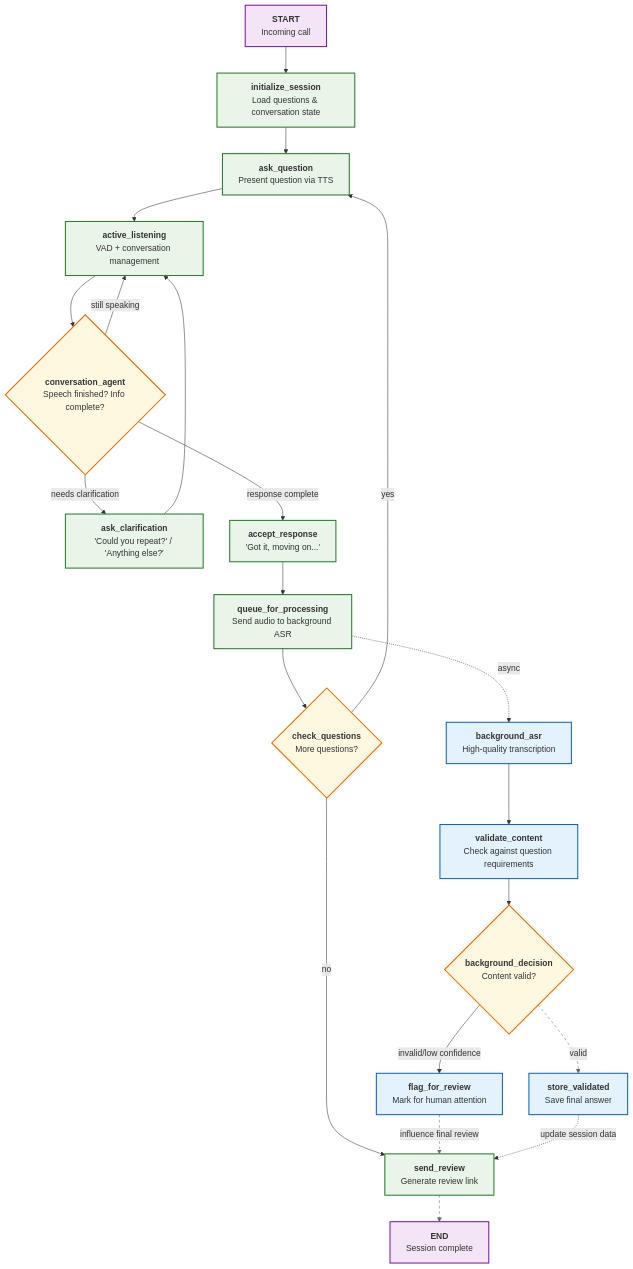
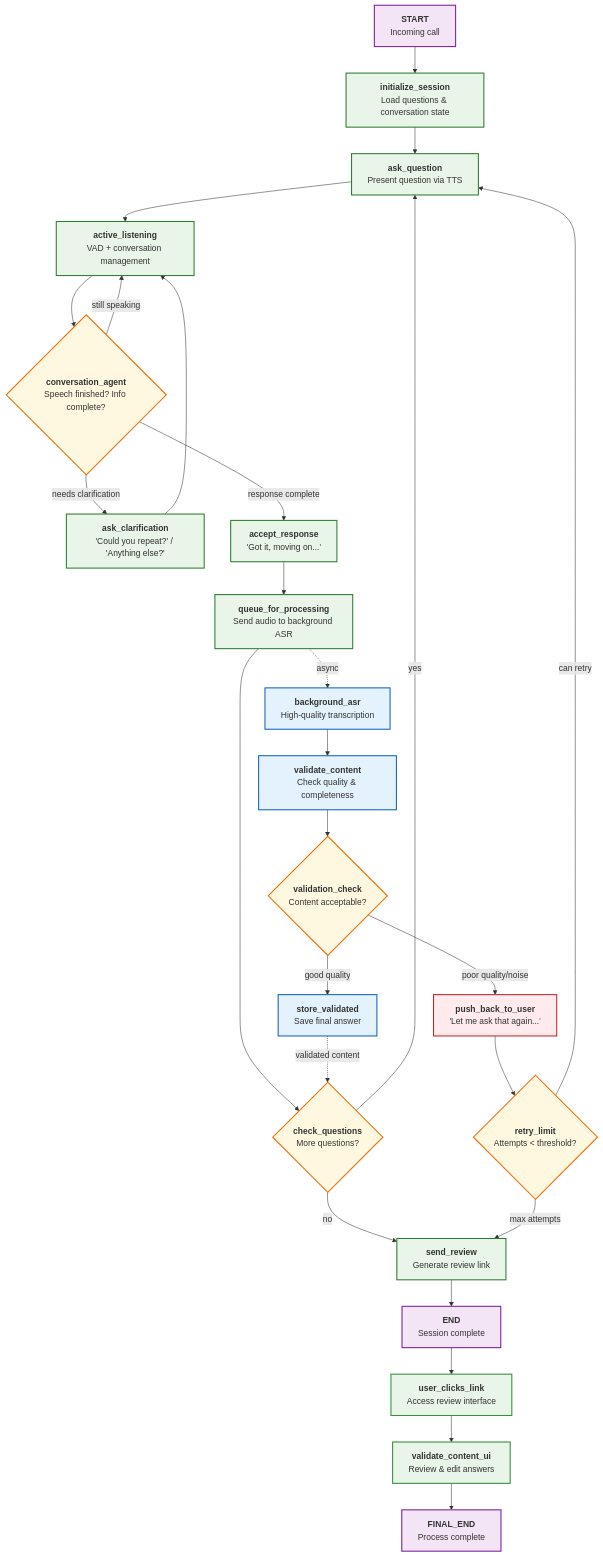
Before and after one commit to RunLittleTurtle/agent_inbox: the first of 2 diagrams in src/insurance_agent/userflow.md, drawn with Mermaid. The commit also changed other lines of this file and 16 other files, not shown here.

````diff
--- a/src/insurance_agent/userflow.md
+++ b/src/insurance_agent/userflow.md
@@ -105,21 +36,36 @@
     END["`**END**
     Session complete`"]
     
-    %% Background Processing
+    %% Background Processing & Validation
     BG_ASR["`**background_asr**
     High-quality transcription`"]
     
     BG_VALIDATE["`**validate_content**
-    Check against question requirements`"]
+    Check quality & completeness`"]
     
-    BG_DECIDE{"`**background_decision**
-    Content valid?`"}
-    
-    BG_FLAG["`**flag_for_review**
-    Mark for human attention`"]
+    BG_DECIDE{"`**validation_check**
+    Content acceptable?`"}
     
     BG_STORE["`**store_validated**
     Save final answer`"]
+    
+    %% Validation Feedback Loop
+    PUSH_BACK["`**push_back_to_user**
+    'Let me ask that again...'`"]
+    
+    RETRY_COUNT{"`**retry_limit**
+    Attempts < threshold?`"}
+    
+    %% Human Review UI Flow
+    CLICK_LINK["`**user_clicks_link**
+    Access review interface`"]
+    
+    VALIDATE_UI["`**validate_content_ui**
+    Review & edit answers`"]
+  
+    
+    FINAL_END["`**FINAL_END**
+    Process complete`"]
 
     %% Main Flow
     START --> INIT
@@ -140,30 +86,40 @@
     
     REVIEW --> END
 
-    %% Background Flow (parallel)
+    %% Background Validation Flow
     QUEUE_ASR -.->|"async"| BG_ASR
     BG_ASR --> BG_VALIDATE
     BG_VALIDATE --> BG_DECIDE
     
-    BG_DECIDE -->|"invalid/low confidence"| BG_FLAG
-    BG_DECIDE -->|"valid"| BG_STORE
+    %% Validation Decision Paths
+    BG_DECIDE -->|"good quality"| BG_STORE
+    BG_DECIDE -->|"poor quality/noise"| PUSH_BACK
     
-    BG_FLAG -.->|"influence final review"| REVIEW
-    BG_STORE -.->|"update session data"| REVIEW
+    %% Retry Logic
+    PUSH_BACK --> RETRY_COUNT
+    RETRY_COUNT -->|"can retry"| ASK
+    RETRY_COUNT -->|"max attempts"| REVIEW
+    
+    %% Final States
+    BG_STORE -.->|"validated content"| NEXT_Q
+    
+    %% Human Review Flow
+    END --> CLICK_LINK
+    CLICK_LINK --> VALIDATE_UI
+    VALIDATE_UI --> FINAL_END
 
     %% Styling
     classDef conversationNode fill:#e8f5e8,stroke:#2e7d32,stroke-width:2px
     classDef backgroundNode fill:#e3f2fd,stroke:#1565c0,stroke-width:2px
+    classDef validationNode fill:#ffebee,stroke:#c62828,stroke-width:2px
     classDef decisionNode fill:#fff8e1,stroke:#ef6c00,stroke-width:2px
     classDef systemNode fill:#f3e5f5,stroke:#7b1fa2,stroke-width:2px
+    classDef uiNode fill:#e8f5e8,stroke:#388e3c,stroke-width:2px
     
     class INIT,ASK,LISTEN,CLARIFY,ACCEPT,QUEUE_ASR,REVIEW conversationNode
-    class BG_ASR,BG_VALIDATE,BG_STORE,BG_FLAG backgroundNode
-    class CONV_CHECK,NEXT_Q,BG_DECIDE decisionNode
-    class START,END systemNode
-
-    %% Style async connections
-    linkStyle 12 stroke:#666,stroke-dasharray: 5 5
-    linkStyle 17 stroke:#666,stroke-dasharray: 5 5  
-    linkStyle 18 stroke:#666,stroke-dasharray: 5 5
+    class BG_ASR,BG_VALIDATE,BG_STORE backgroundNode
+    class PUSH_BACK validationNode
+    class CONV_CHECK,NEXT_Q,BG_DECIDE,RETRY_COUNT decisionNode
+    class START,END,FINAL_END systemNode
+    class CLICK_LINK,VALIDATE_UI,EDIT_UI,ACCEPT_UI uiNode
 ```
````
